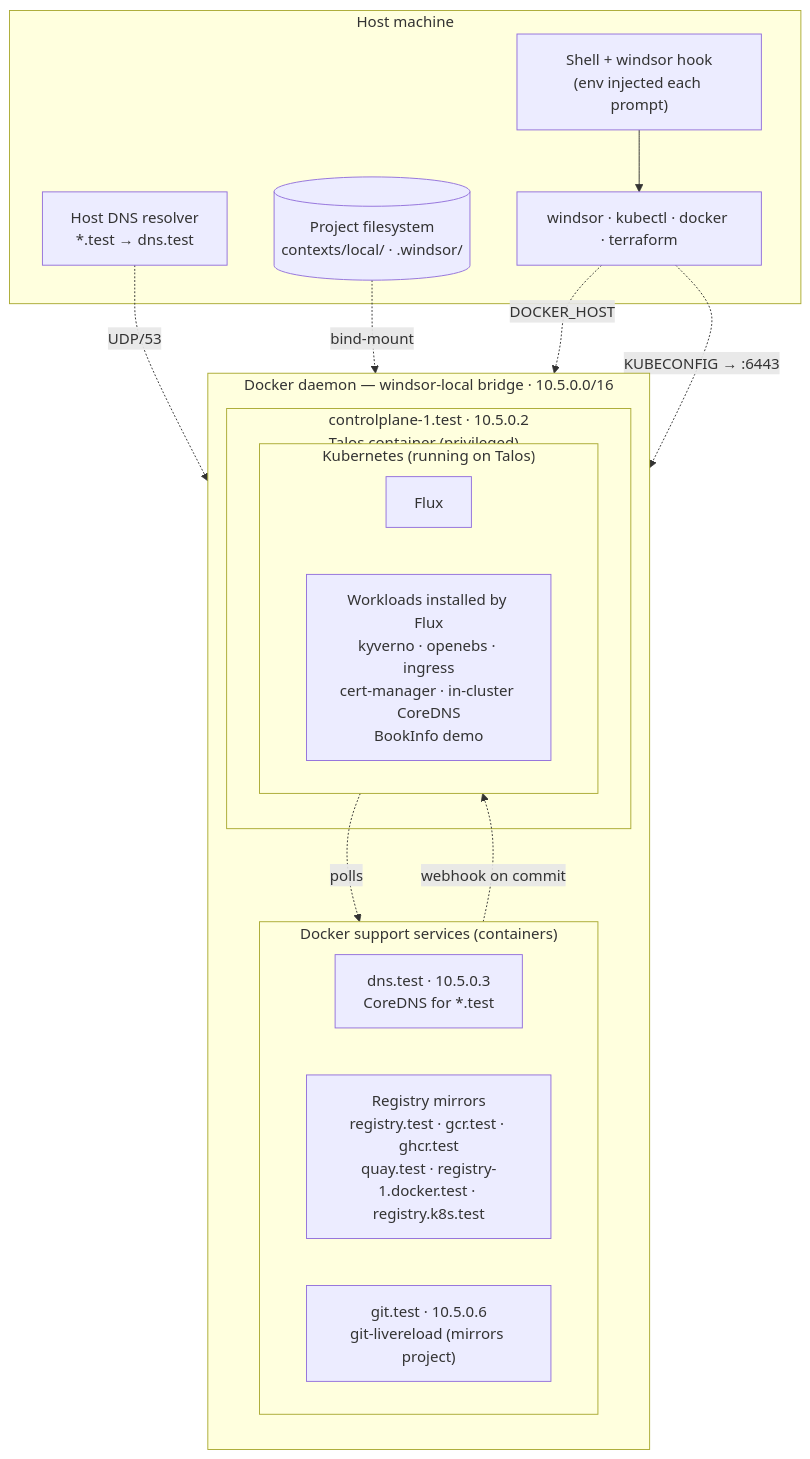
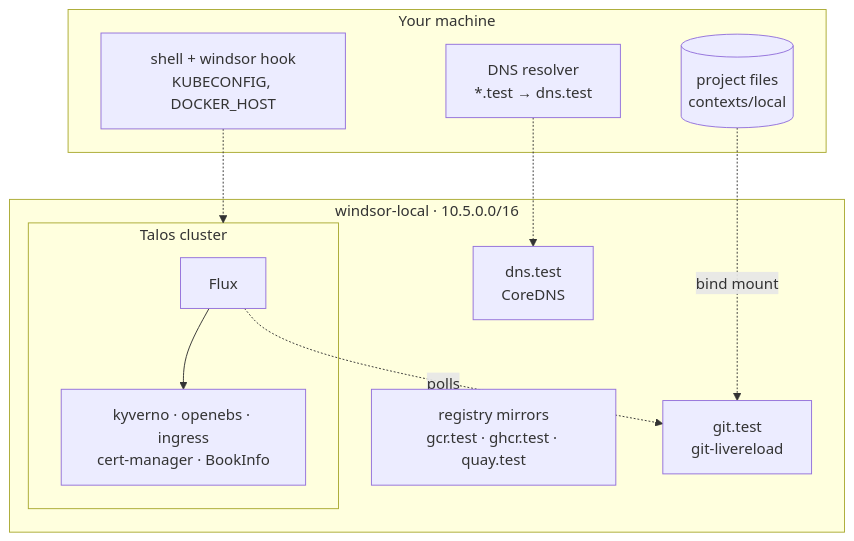
One commit to windsorcli/docs changed the diagram in content/workstation/overview.md. Above: the diagram before and after it, drawn with Mermaid. The commit also changed other lines of this file and 6 other files, not shown here.

````diff
--- a/content/workstation/overview.md
+++ b/content/workstation/overview.md
@@ -16,34 +30,20 @@
 ```mermaid
 flowchart TB
-    subgraph Host["Host machine"]
-        Shell["Shell + windsor hook<br/>(env injected each prompt)"]
-        CLIs["windsor · kubectl · docker · terraform"]
-        FS[("Project filesystem<br/>contexts/local/ · .windsor/")]
-        Resolver["Host DNS resolver<br/>*.test → dns.test"]
+  subgraph Host["Your machine"]
+    Shell["shell + windsor hook<br/>KUBECONFIG, DOCKER_HOST"]
+    Resolver["DNS resolver<br/>*.test → dns.test"]
+    Files[("project files<br/>contexts/local")]
+  end
+  subgraph Net["windsor-local · 10.5.0.0/16"]
+    DNS["dns.test<br/>CoreDNS"]
+    Reg["registry mirrors<br/>gcr.test · ghcr.test · quay.test"]
+    Git["git.test<br/>git-livereload"]
+    subgraph Cluster["Talos cluster"]
+      Flux["Flux"] --> Apps["kyverno · openebs · ingress<br/>cert-manager · BookInfo"]
     end
-
-    subgraph Docker["Docker daemon — windsor-local bridge · 10.5.0.0/16"]
-        direction TB
-        subgraph Support["Docker support services (containers)"]
-            direction LR
-            DNS["dns.test · 10.5.0.3<br/>CoreDNS for *.test"]
-            Reg["Registry mirrors<br/>registry.test · gcr.test · ghcr.test<br/>quay.test · registry-1.docker.test · registry.k8s.test"]
-            Git["git.test · 10.5.0.6<br/>git-livereload (mirrors project)"]
-        end
-        subgraph Talos["controlplane-1.test · 10.5.0.2<br/>Talos container (privileged)"]
-            subgraph K8s["Kubernetes (running on Talos)"]
-                direction LR
-                Flux["Flux"]
-                Apps["Workloads installed by Flux<br/>kyverno · openebs · ingress<br/>cert-manager · in-cluster CoreDNS<br/>BookInfo demo"]
-            end
-        end
-    end
-
-    Shell --> CLIs
-    CLIs -.->|DOCKER_HOST| Docker
-    CLIs -.->|KUBECONFIG → :6443| Talos
-    Resolver -.->|UDP/53| DNS
-    Flux -.->|polls| Git
-    Git -.->|webhook on commit| Flux
-    FS -.->|bind-mount| Git
+  end
+  Shell -.-> Cluster
+  Resolver -.-> DNS
+  Files -.->|bind mount| Git
+  Flux -.->|polls| Git
 ```
````
